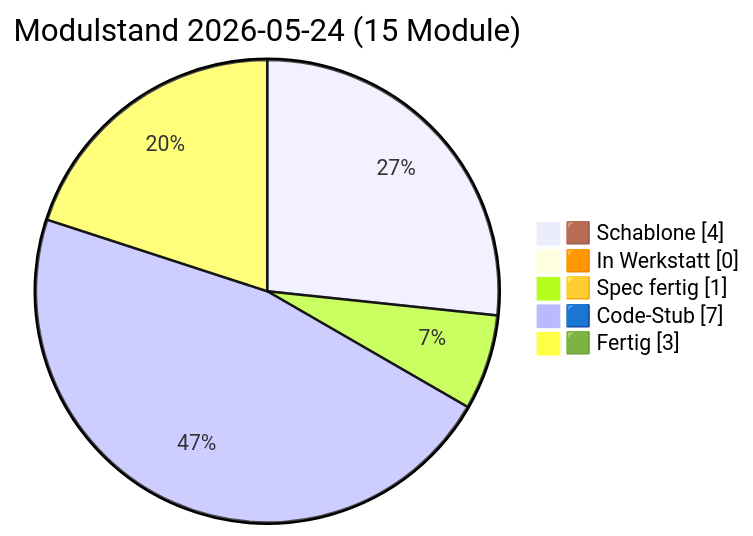
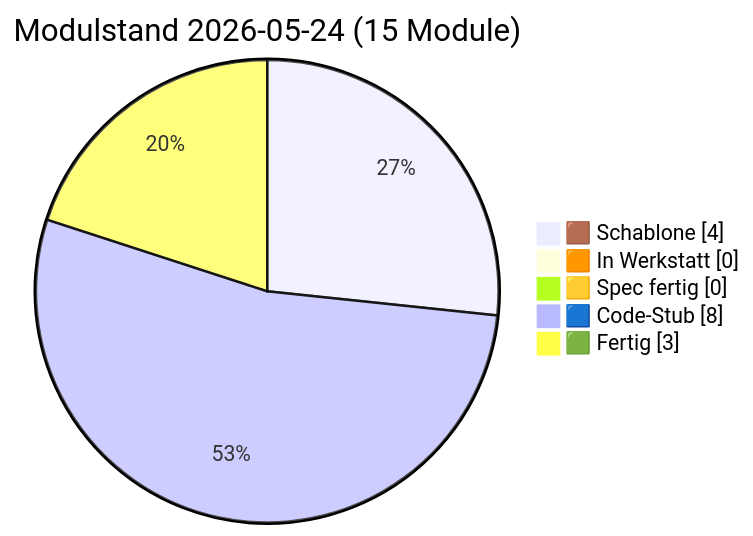
The diagram in docs/PULS.md (lausiklauskn-png/Sage-Protokol), drawn with Mermaid before and after one commit. The commit also changed other lines of this file and 7 other files, not shown here.

````diff
--- a/docs/PULS.md
+++ b/docs/PULS.md
@@ -21,9 +21,9 @@
 ```mermaid
 pie showData
   title Modulstand 2026-05-24 (15 Module)
   "🟫 Schablone" : 4
   "🟧 In Werkstatt" : 0
-  "🟨 Spec fertig" : 1
-  "🟦 Code-Stub" : 7
+  "🟨 Spec fertig" : 0
+  "🟦 Code-Stub" : 8
   "🟩 Fertig" : 3
 ```
````
